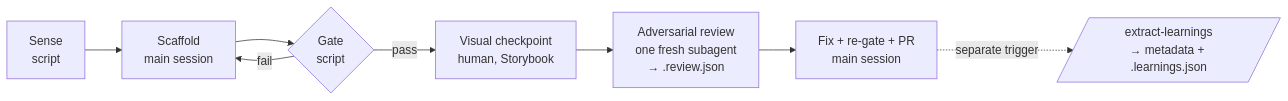
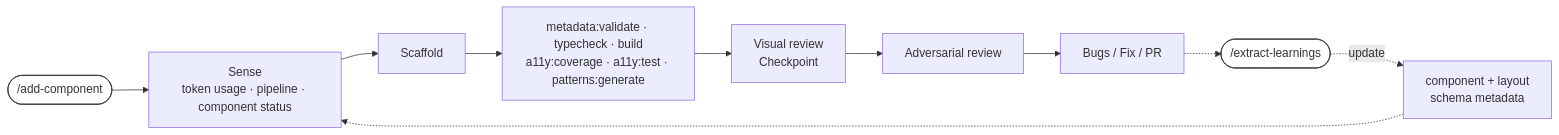
The diagram in docs/06-agentic-moments.md (F4cu/upskill-design-system), drawn with Mermaid before and after one commit. The commit also changed other lines of this file and 4 other files, not shown here.

````diff
--- a/docs/06-agentic-moments.md
+++ b/docs/06-agentic-moments.md
@@ -83,10 +89,14 @@
 ```mermaid
 flowchart LR
-    S0[Sense<br/>script] --> S1[Scaffold<br/>main session]
-    S1 --> S2{Gate<br/>script}
-    S2 -->|fail| S1
-    S2 -->|pass| S2b[Visual checkpoint<br/>human, Storybook]
-    S2b --> S3[Adversarial review<br/>one fresh subagent<br/>→ .review.json]
-    S3 --> S4[Fix + re-gate + PR<br/>main session]
-    S4 -.->|separate trigger| EL[/extract-learnings<br/>→ metadata + .learnings.json/]
+    TRIGGER(["/add-component"]):::command --> SENSE["Sense<br/>token usage · pipeline · component status"]
+    SENSE --> SCAFFOLD["Scaffold"]
+    SCAFFOLD --> CI["metadata:validate · typecheck · build<br/>a11y:coverage · a11y:test · patterns:generate"]
+    CI --> HUMAN["Visual review<br/>Checkpoint"]
+    HUMAN --> ADV["Adversarial review"]
+    ADV --> BUGS["Bugs / Fix / PR"]
+    BUGS -.-> EL(["/extract-learnings"]):::command
+    EL -.->|update| META["component + layout<br/>schema metadata"]
+    META -.-> SENSE
+
+    classDef command fill:#fff,stroke:#333,stroke-width:1px
 ```
````
